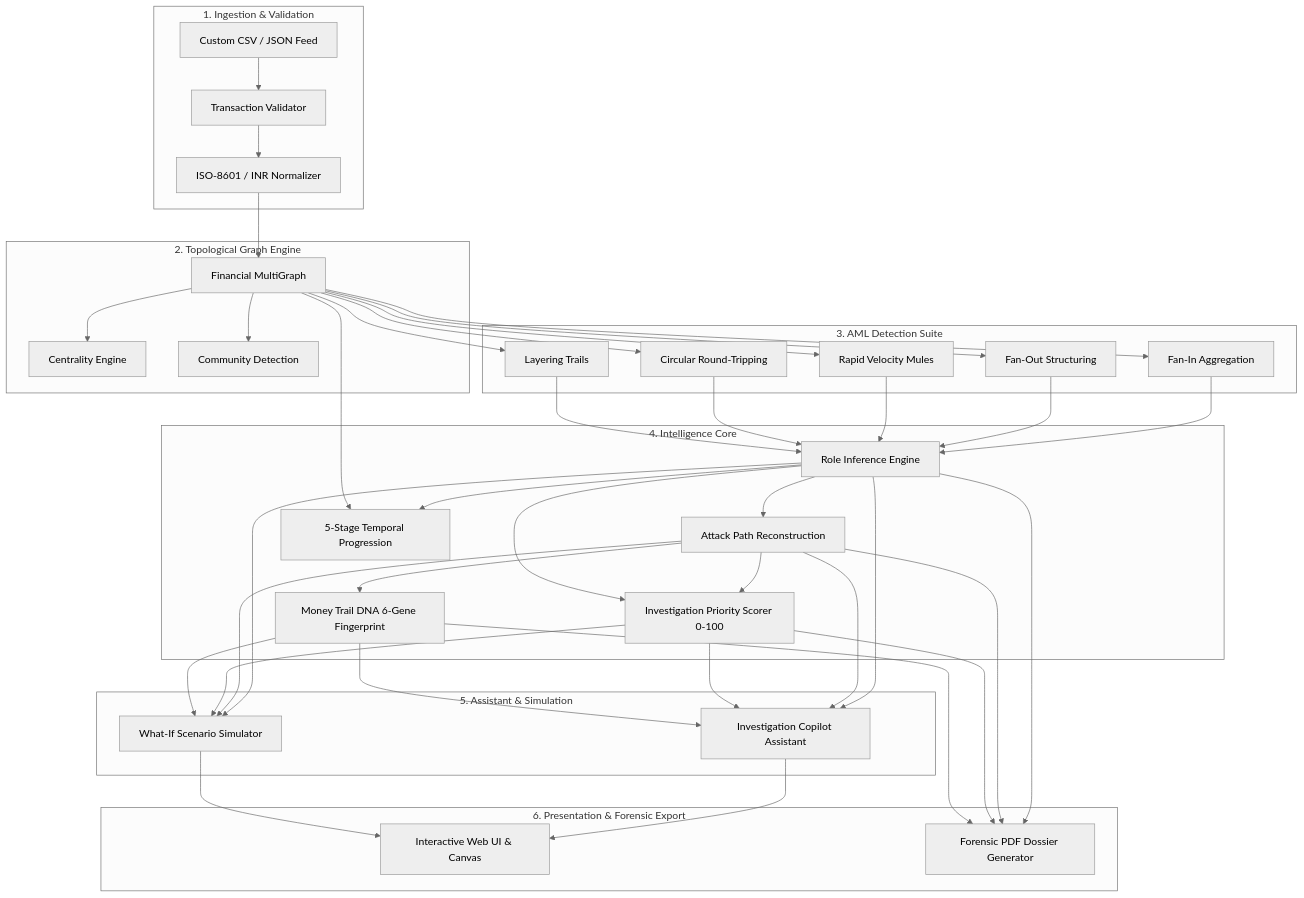
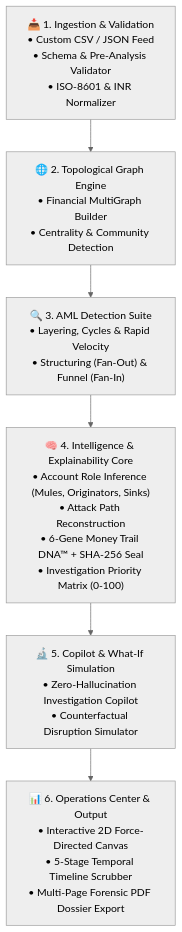
One commit to anguabishek17/Jarvis-AML changed the first of 2 diagrams in README.md. Above: the diagram before and after it, drawn with Mermaid (neutral theme).

Commit message:
docs: simplify system architecture flow diagram to a clean linear pipeline

````diff
--- a/README.md
+++ b/README.md
@@ -24,39 +24,12 @@
 ```mermaid
 graph TD
-    subgraph S1["1. Ingestion & Validation"]
-        A["Custom CSV / JSON Feed"] --> B["Transaction Validator"]
-        B --> C["ISO-8601 / INR Normalizer"]
-    end
-
-    subgraph S2["2. Topological Graph Engine"]
-        C --> D["Financial MultiGraph"]
-        D --> E["Centrality Engine"]
-        D --> F["Community Detection"]
-    end
-
-    subgraph S3["3. AML Detection Suite"]
-        D --> G["Layering Trails"]
-        D --> H["Circular Round-Tripping"]
-        D --> I["Rapid Velocity Mules"]
-        D --> J["Fan-Out Structuring"]
-        D --> K["Fan-In Aggregation"]
-    end
-
-    subgraph S4["4. Intelligence Core"]
-        G & H & I & J & K --> L["Role Inference Engine"]
-        L --> M["Attack Path Reconstruction"]
-        M --> N["Money Trail DNA 6-Gene Fingerprint"]
-        L & M --> O["Investigation Priority Scorer 0-100"]
-        D & L --> P["5-Stage Temporal Progression"]
-    end
-
-    subgraph S5["5. Assistant & Simulation"]
-        N & O & M & L --> Q["What-If Scenario Simulator"]
-        N & O & M & L --> R["Investigation Copilot Assistant"]
-    end
-
-    subgraph S6["6. Presentation & Forensic Export"]
-        Q & R --> S["Interactive Web UI & Canvas"]
-        N & O & M & L --> T["Forensic PDF Dossier Generator"]
-    end
+    A["📥 1. Ingestion & Validation<br/>• Custom CSV / JSON Feed<br/>• Schema & Pre-Analysis Validator<br/>• ISO-8601 & INR Normalizer"] --> B["🌐 2. Topological Graph Engine<br/>• Financial MultiGraph Builder<br/>• Centrality & Community Detection"]
+    
+    B --> C["🔍 3. AML Detection Suite<br/>• Layering, Cycles & Rapid Velocity<br/>• Structuring (Fan-Out) & Funnel (Fan-In)"]
+    
+    C --> D["🧠 4. Intelligence & Explainability Core<br/>• Account Role Inference (Mules, Originators, Sinks)<br/>• Attack Path Reconstruction<br/>• 6-Gene Money Trail DNA™ + SHA-256 Seal<br/>• Investigation Priority Matrix (0-100)"]
+    
+    D --> E["🔬 5. Copilot & What-If Simulation<br/>• Zero-Hallucination Investigation Copilot<br/>• Counterfactual Disruption Simulator"]
+    
+    E --> F["📊 6. Operations Center & Output<br/>• Interactive 2D Force-Directed Canvas<br/>• 5-Stage Temporal Timeline Scrubber<br/>• Multi-Page Forensic PDF Dossier Export"]
 ```
````
